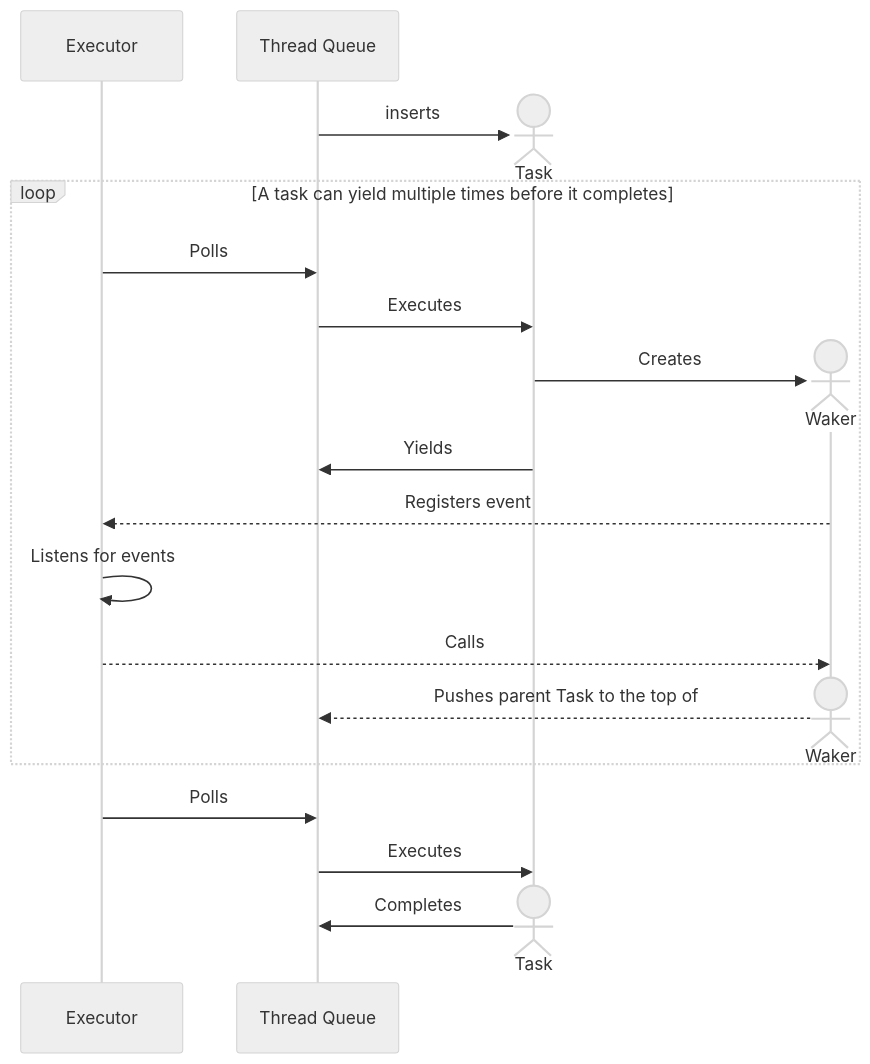
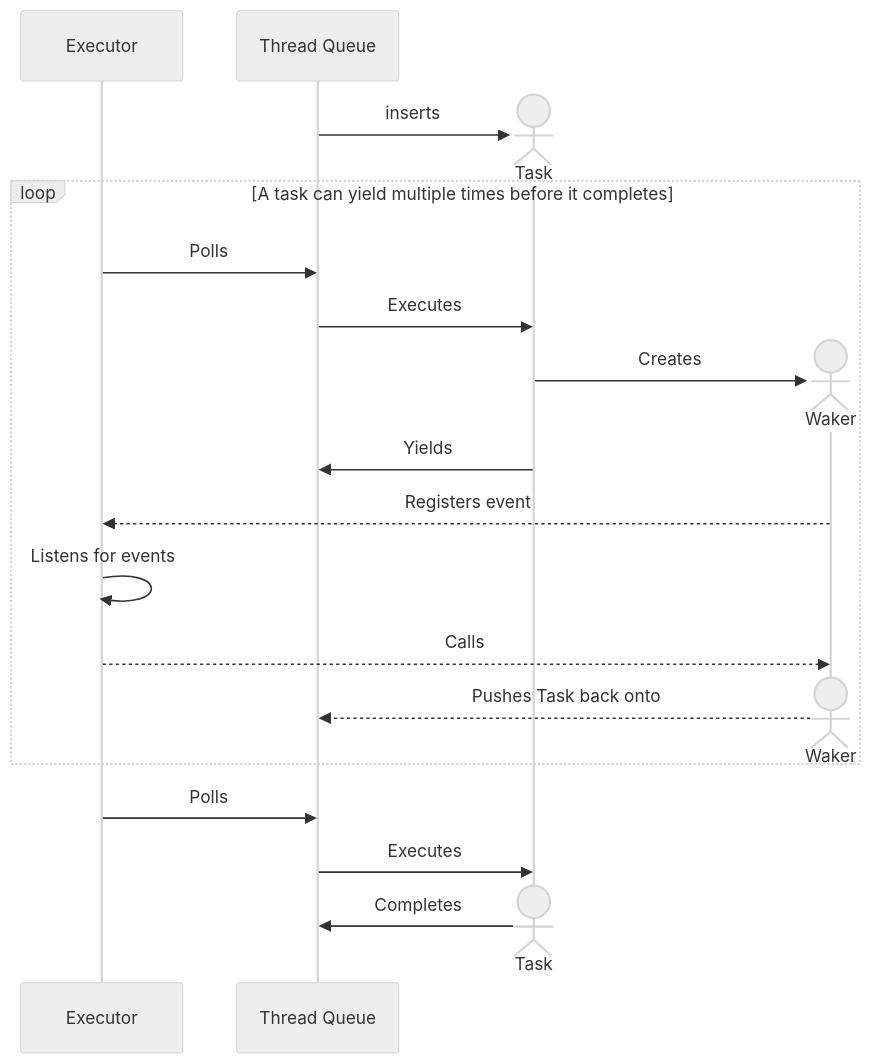
One commit to Trantorian1/notes-rust-async changed the diagram in docs/async-execution/event-callbacks.md. Above: the diagram before and after it, drawn with Mermaid (neutral theme). The commit also changed other lines of this file and 4 other files, not shown here.

````diff
--- a/docs/async-execution/event-callbacks.md
+++ b/docs/async-execution/event-callbacks.md
@@ -25,26 +28,26 @@
 ```mermaid
 sequenceDiagram
 	participant EX as Executor
 	participant TQ as Thread Queue
 
     create actor TK as Task
     TQ->>TK: inserts
 
     loop A task can yield multiple times before it completes
         EX->>TQ: Polls
         TQ->>TK: Executes
         create actor WK as Waker
         TK->>WK: Creates
         TK->>TQ: Yields
         WK-->>EX: Registers event
         EX->>EX: Listens for events
         EX-->>WK: Calls
         destroy WK
-        WK-->>TQ: Pushes parent Task to the top of
+        WK-->>TQ: Pushes Task back onto
     end
 
     EX->>TQ: Polls
     TQ->>TK: Executes
     destroy TK
     TK->>TQ: Completes
 ```
````
